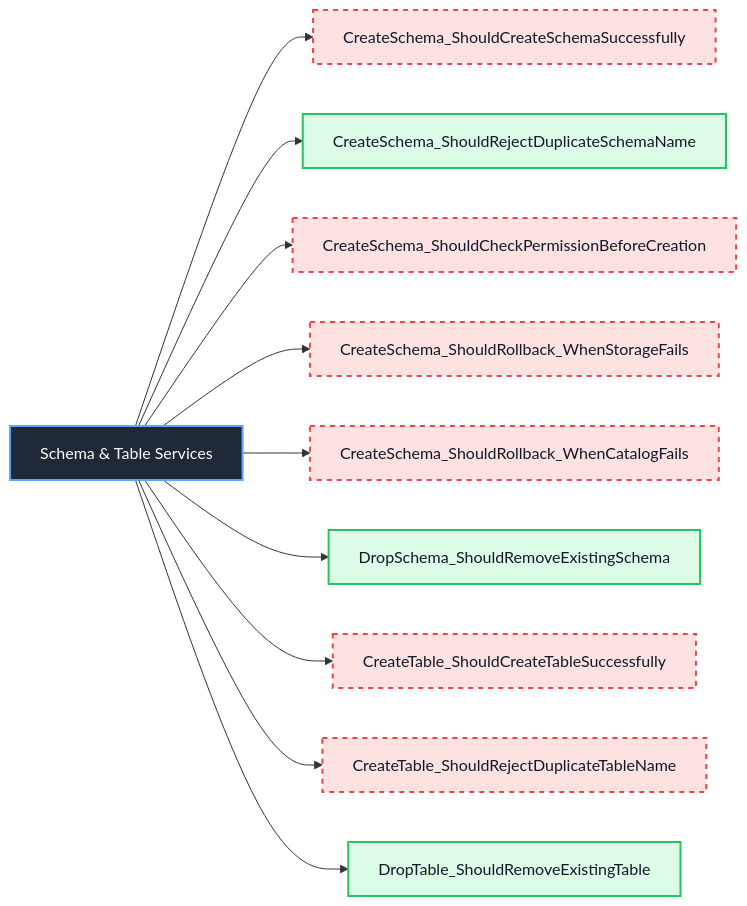
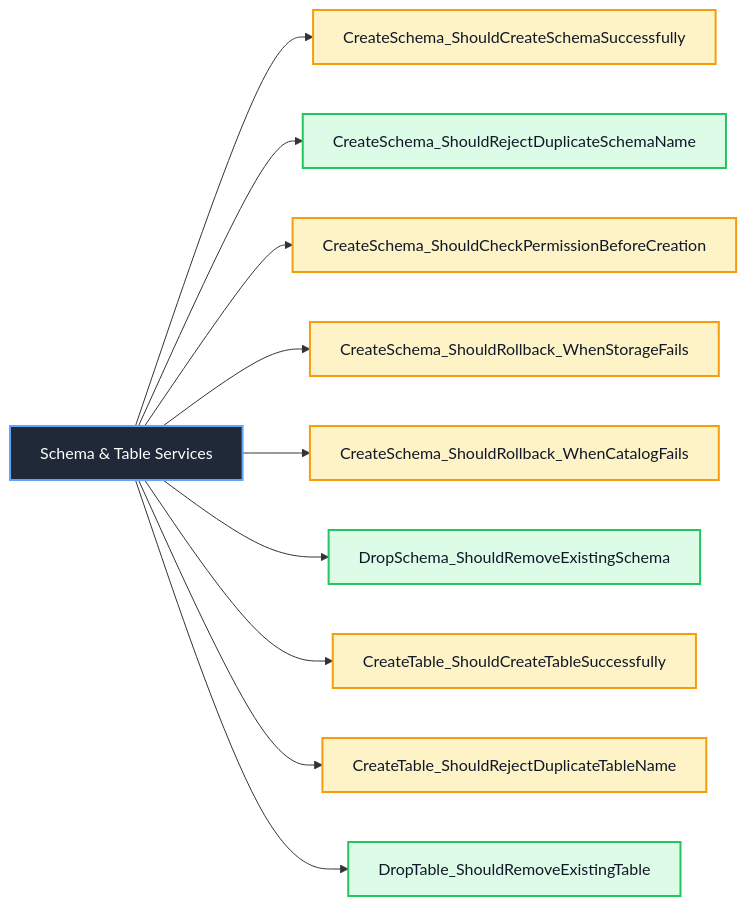
One commit to Hagiakhanh/bbv-dbms changed diagram 21 of 53 in docs/sequence-diagrams/README.md. Above: the diagram before and after it, drawn with Mermaid. The commit also changed other lines of this file and 30 other files, not shown here.

````diff
--- a/docs/sequence-diagrams/README.md
+++ b/docs/sequence-diagrams/README.md
@@ -924,22 +925,22 @@
 ```mermaid
 flowchart LR
     ClassNode["Schema & Table Services"]
 
     ClassNode --> Schema___Table_Services_1["CreateSchema_ShouldCreateSchemaSuccessfully"]
     ClassNode --> Schema___Table_Services_2["CreateSchema_ShouldRejectDuplicateSchemaName"]
     ClassNode --> Schema___Table_Services_3["CreateSchema_ShouldCheckPermissionBeforeCreation"]
     ClassNode --> Schema___Table_Services_4["CreateSchema_ShouldRollback_WhenStorageFails"]
     ClassNode --> Schema___Table_Services_5["CreateSchema_ShouldRollback_WhenCatalogFails"]
     ClassNode --> Schema___Table_Services_6["DropSchema_ShouldRemoveExistingSchema"]
     ClassNode --> Schema___Table_Services_7["CreateTable_ShouldCreateTableSuccessfully"]
     ClassNode --> Schema___Table_Services_8["CreateTable_ShouldRejectDuplicateTableName"]
     ClassNode --> Schema___Table_Services_9["DropTable_ShouldRemoveExistingTable"]
 
     classDef classNode fill:#1f2937,stroke:#60a5fa,color:#ffffff,stroke-width:2px
     classDef completedTest fill:#dcfce7,stroke:#22c55e,color:#111827,stroke-width:2px
-    classDef missingTest fill:#fee2e2,stroke:#ef4444,color:#111827,stroke-width:2px,stroke-dasharray:5 5
+    classDef redPhaseTest fill:#fef3c7,stroke:#f59e0b,color:#111827,stroke-width:2px
 
     class ClassNode classNode
     class Schema___Table_Services_2,Schema___Table_Services_6,Schema___Table_Services_9 completedTest
-    class Schema___Table_Services_1,Schema___Table_Services_3,Schema___Table_Services_4,Schema___Table_Services_5,Schema___Table_Services_7,Schema___Table_Services_8 missingTest
+    class Schema___Table_Services_1,Schema___Table_Services_3,Schema___Table_Services_4,Schema___Table_Services_5,Schema___Table_Services_7,Schema___Table_Services_8 redPhaseTest
 ```
````
